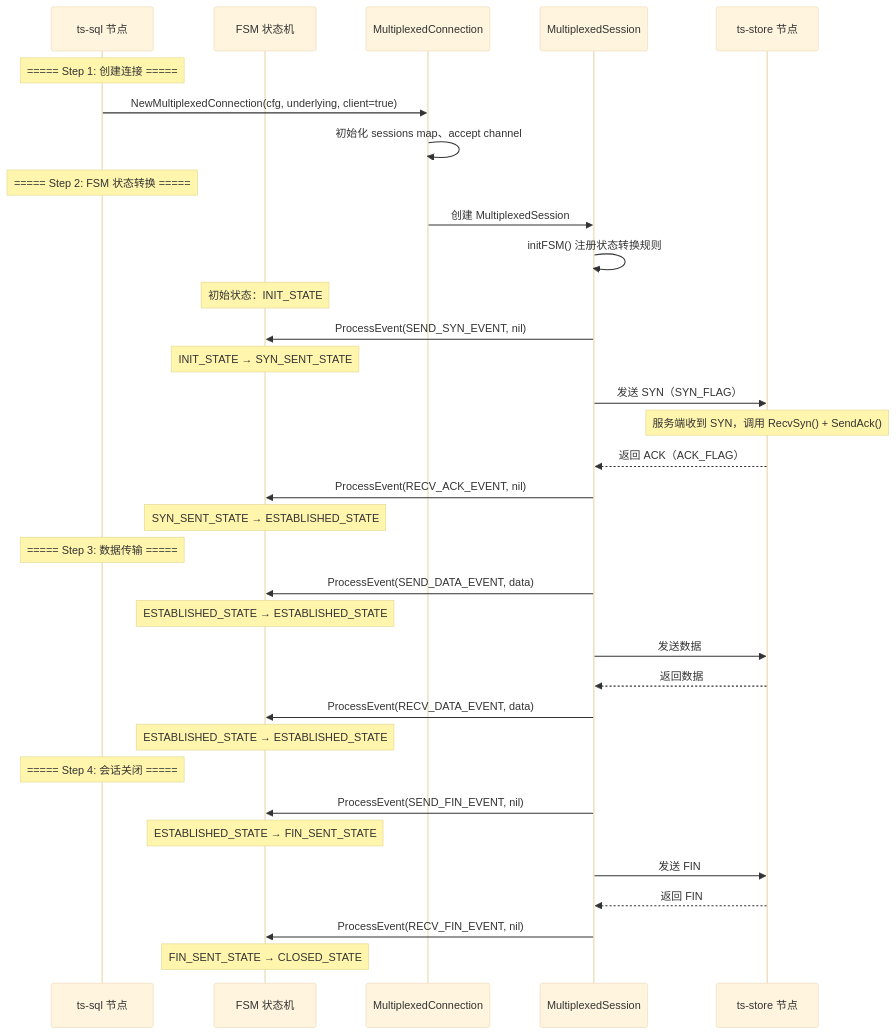
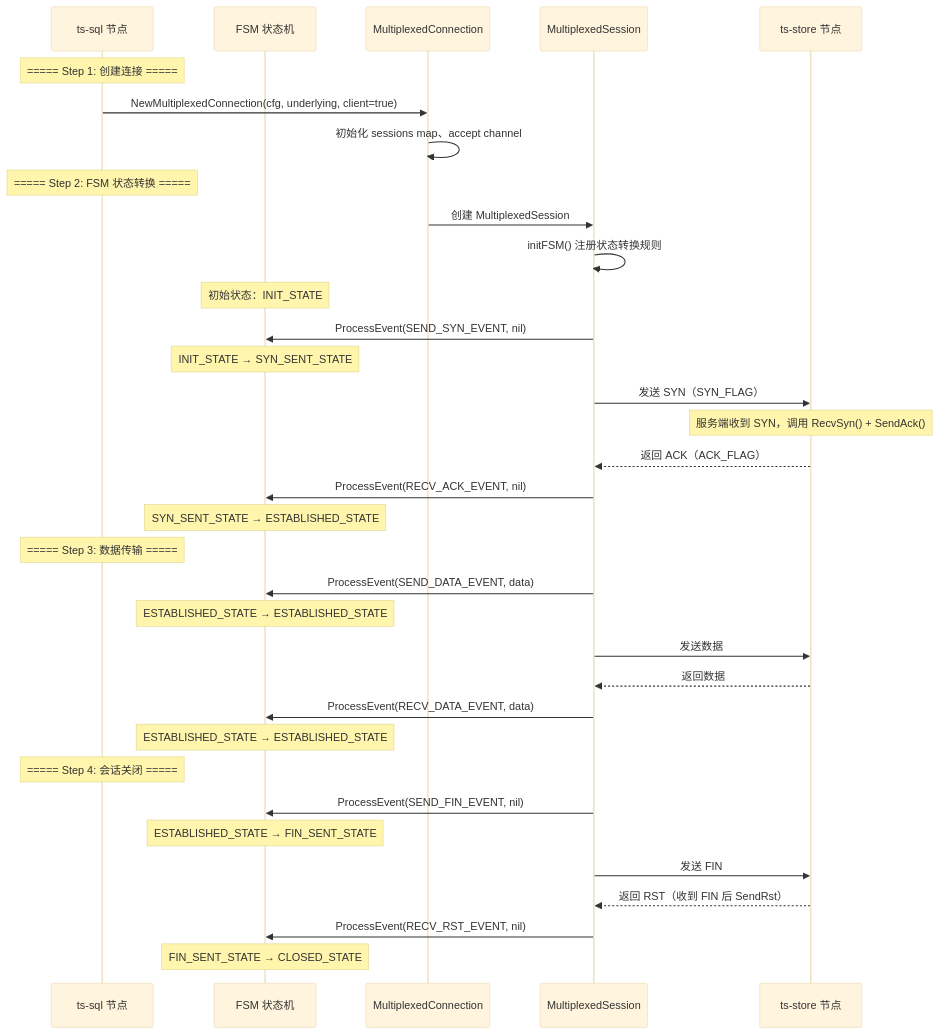
One commit to stefanv5/openGemini changed diagram 17 of 18 in docs/specs/06_cluster_routing_spec.md. Above: the diagram before and after it, drawn with Mermaid (base theme). The commit also changed other lines of this file and 37 other files, not shown here.

````diff
--- a/docs/specs/06_cluster_routing_spec.md
+++ b/docs/specs/06_cluster_routing_spec.md
@@ -2294,44 +2284,44 @@
 ```mermaid
 sequenceDiagram
     participant SQL as ts-sql 节点
     participant FSM as FSM 状态机
     participant Conn as MultiplexedConnection
     participant Session as MultiplexedSession
     participant Store as ts-store 节点
 
     Note over SQL: ===== Step 1: 创建连接 =====
     SQL->>Conn: NewMultiplexedConnection(cfg, underlying, client=true)
     Conn->>Conn: 初始化 sessions map、accept channel
 
     Note over SQL: ===== Step 2: FSM 状态转换 =====
     Conn->>Session: 创建 MultiplexedSession
     Session->>Session: initFSM() 注册状态转换规则
     Note over FSM: 初始状态：INIT_STATE
 
     Session->>FSM: ProcessEvent(SEND_SYN_EVENT, nil)
     Note over FSM: INIT_STATE → SYN_SENT_STATE
     Session->>Store: 发送 SYN（SYN_FLAG）
 
     Note over Store: 服务端收到 SYN，调用 RecvSyn() + SendAck()
     Store-->>Session: 返回 ACK（ACK_FLAG）
     Session->>FSM: ProcessEvent(RECV_ACK_EVENT, nil)
     Note over FSM: SYN_SENT_STATE → ESTABLISHED_STATE
 
     Note over SQL: ===== Step 3: 数据传输 =====
     Session->>FSM: ProcessEvent(SEND_DATA_EVENT, data)
     Note over FSM: ESTABLISHED_STATE → ESTABLISHED_STATE
     Session->>Store: 发送数据
 
     Store-->>Session: 返回数据
     Session->>FSM: ProcessEvent(RECV_DATA_EVENT, data)
     Note over FSM: ESTABLISHED_STATE → ESTABLISHED_STATE
 
     Note over SQL: ===== Step 4: 会话关闭 =====
     Session->>FSM: ProcessEvent(SEND_FIN_EVENT, nil)
     Note over FSM: ESTABLISHED_STATE → FIN_SENT_STATE
     Session->>Store: 发送 FIN
 
-    Store-->>Session: 返回 FIN
-    Session->>FSM: ProcessEvent(RECV_FIN_EVENT, nil)
+    Store-->>Session: 返回 RST（收到 FIN 后 SendRst）
+    Session->>FSM: ProcessEvent(RECV_RST_EVENT, nil)
     Note over FSM: FIN_SENT_STATE → CLOSED_STATE
 ```
````
